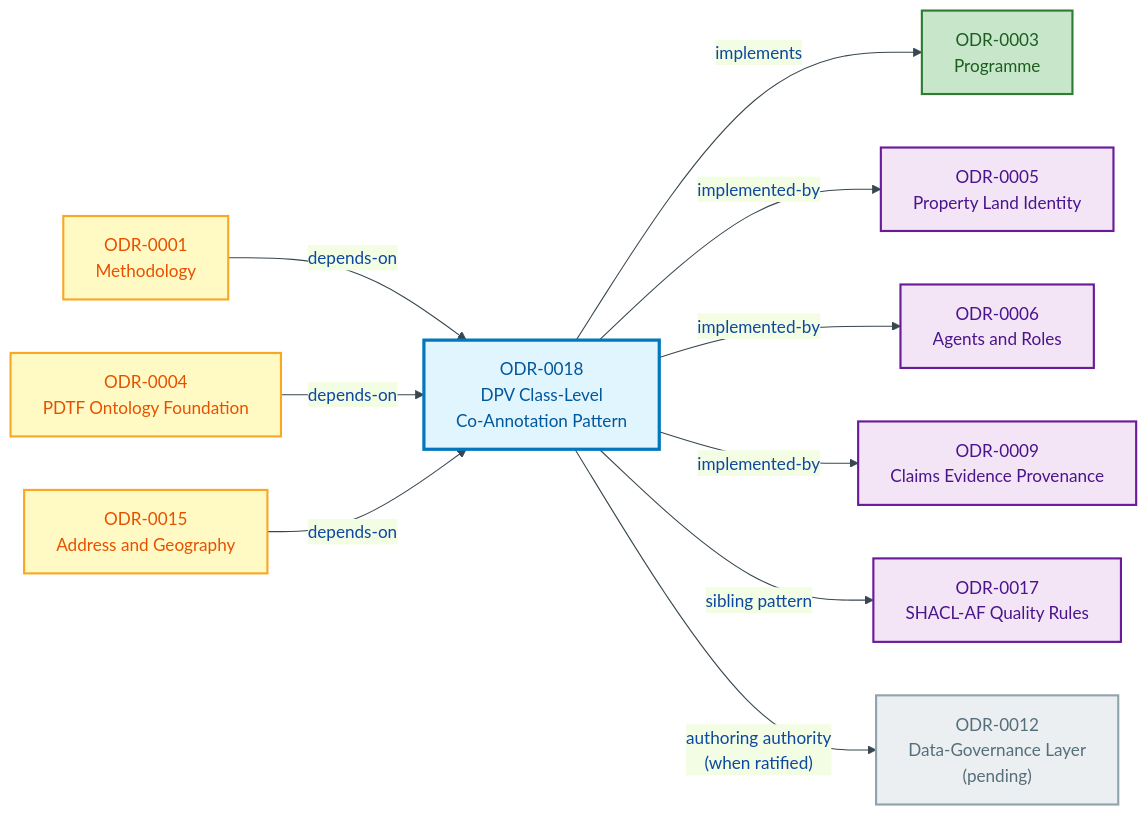
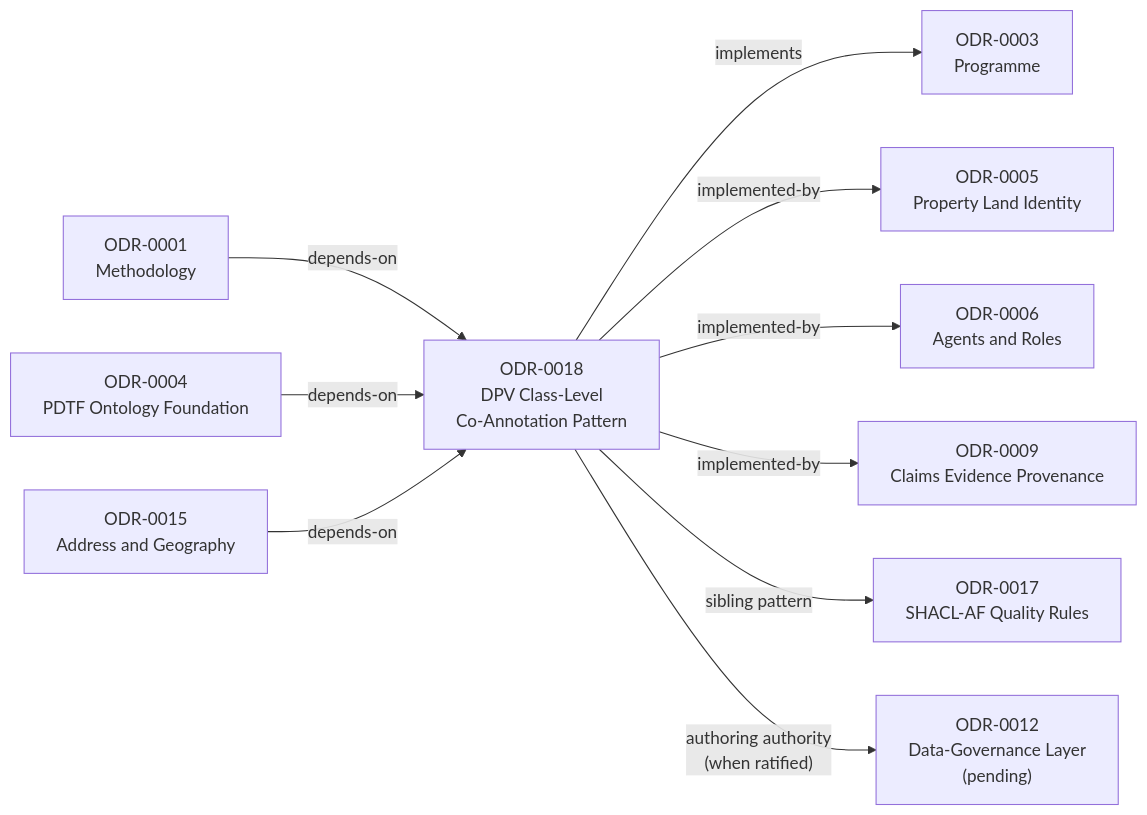
The fourth of 4 diagrams in docs/ontology/odr/ODR-0018-dpv-class-level-coannotation-pattern.md (sparkling/opda), drawn with Mermaid before and after one commit. The commit also changed other lines of this file and 25 other files, not shown here.

````diff
--- a/docs/ontology/odr/ODR-0018-dpv-class-level-coannotation-pattern.md
+++ b/docs/ontology/odr/ODR-0018-dpv-class-level-coannotation-pattern.md
@@ -217,34 +202,28 @@
 ```mermaid
-%%{init:{"theme":"base","themeVariables":{"primaryColor":"#E3F2FD","primaryTextColor":"#0D47A1","primaryBorderColor":"#1565C0","lineColor":"#37474F"}}}%%
 flowchart LR
     accTitle: ODR-0018 dependency graph
     accDescr: ODR-0018 depends on ODR-0001, ODR-0004, and ODR-0015; implements ODR-0003; supersedes nothing; is implemented-by four citing sites and will be implemented-by ODR-0012.
-    classDef this fill:#E1F5FE,stroke:#0277BD,stroke-width:3px,color:#01579B
-    classDef dep fill:#FFF9C4,stroke:#F9A825,stroke-width:2px,color:#E65100
-    classDef impl fill:#C8E6C9,stroke:#2E7D32,stroke-width:2px,color:#1B5E20
-    classDef citing fill:#F3E5F5,stroke:#6A1B9A,stroke-width:2px,color:#4A148C
-    classDef future fill:#ECEFF1,stroke:#90A4AE,stroke-width:2px,color:#546E7A
 
-    ODR18["ODR-0018<br/>DPV Class-Level<br/>Co-Annotation Pattern"]:::this
+    ODR18["ODR-0018<br/>DPV Class-Level<br/>Co-Annotation Pattern"]:::process
 
-    ODR01["ODR-0001<br/>Methodology"]:::dep
-    ODR04["ODR-0004<br/>PDTF Ontology Foundation"]:::dep
-    ODR15["ODR-0015<br/>Address and Geography"]:::dep
-    ODR03["ODR-0003<br/>Programme"]:::impl
+    ODR01["ODR-0001<br/>Methodology"]:::warning
+    ODR04["ODR-0004<br/>PDTF Ontology Foundation"]:::warning
+    ODR15["ODR-0015<br/>Address and Geography"]:::warning
+    ODR03["ODR-0003<br/>Programme"]:::success
 
-    ODR05["ODR-0005<br/>Property Land Identity"]:::citing
-    ODR06["ODR-0006<br/>Agents and Roles"]:::citing
-    ODR09["ODR-0009<br/>Claims Evidence Provenance"]:::citing
-    ODR17["ODR-0017<br/>SHACL-AF Quality Rules"]:::citing
-    ODR12["ODR-0012<br/>Data-Governance Layer<br/>(pending)"]:::future
+    ODR05["ODR-0005<br/>Property Land Identity"]:::user
+    ODR06["ODR-0006<br/>Agents and Roles"]:::user
+    ODR09["ODR-0009<br/>Claims Evidence Provenance"]:::user
+    ODR17["ODR-0017<br/>SHACL-AF Quality Rules"]:::user
+    ODR12["ODR-0012<br/>Data-Governance Layer<br/>(pending)"]:::external
 
     ODR01 -->|"depends-on"| ODR18
     ODR04 -->|"depends-on"| ODR18
     ODR15 -->|"depends-on"| ODR18
     ODR18 -->|"implements"| ODR03
     ODR18 -->|"implemented-by"| ODR05
     ODR18 -->|"implemented-by"| ODR06
     ODR18 -->|"implemented-by"| ODR09
     ODR18 -->|"sibling pattern"| ODR17
     ODR18 -->|"authoring authority<br/>(when ratified)"| ODR12
 ```
````
